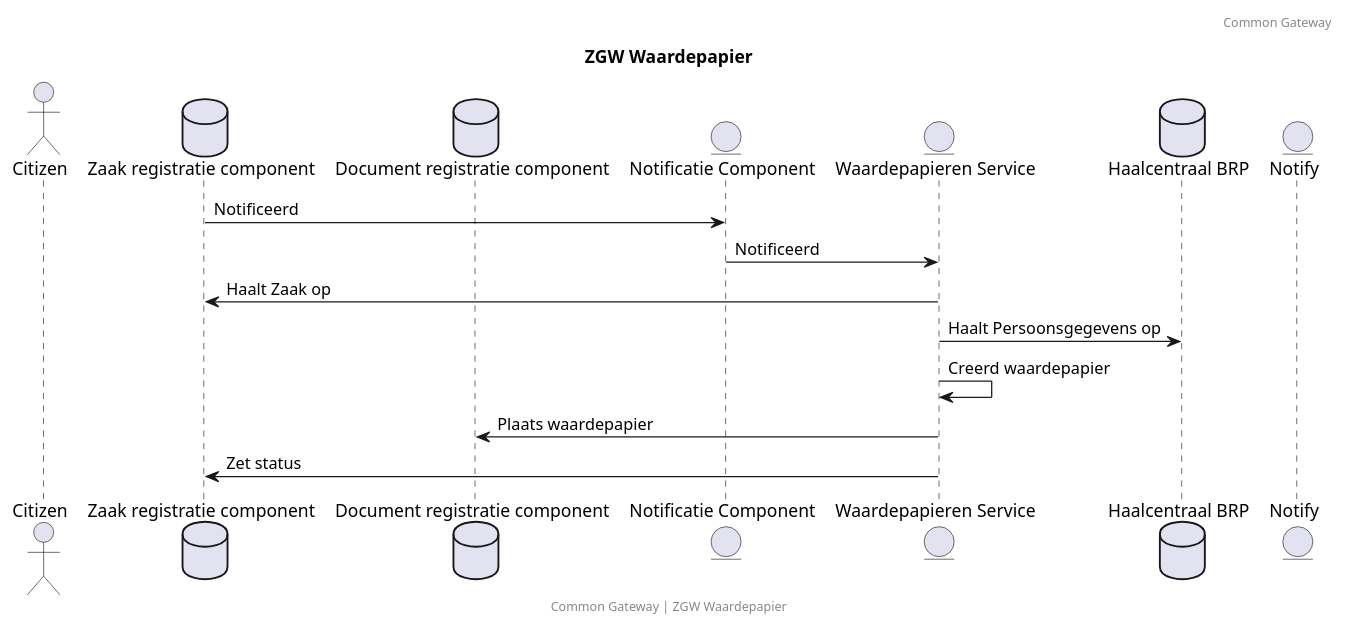
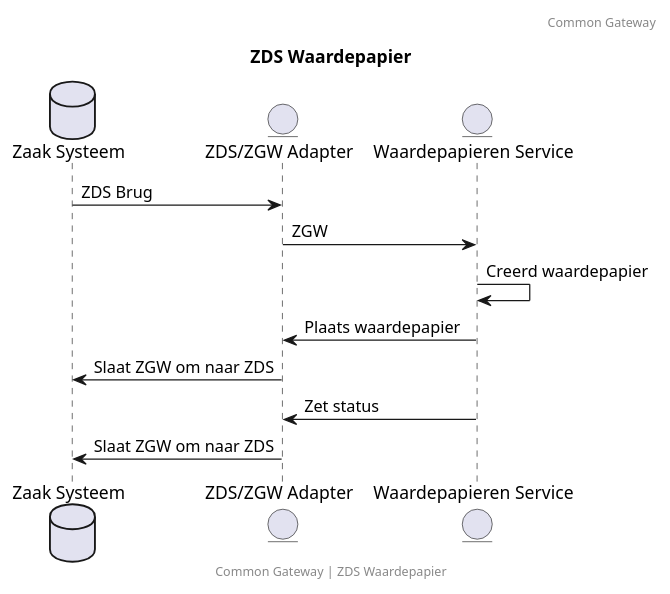
The diagram in docs/zds_waardepapier.puml (CommonGateway/WaardepapierenBundle), drawn with PlantUML before and after one commit. The commit also changed 1 other file, not shown here.

Commit message:
StuF en ZDS architectuur

```diff
--- a/docs/zds_waardepapier.puml
+++ b/docs/zds_waardepapier.puml
@@ -1,22 +1,18 @@
 @startuml
-title: ZGW Waardepapier
-footer: Common Gateway | ZGW Waardepapier
+title: ZDS Waardepapier
+footer: Common Gateway | ZDS Waardepapier
 header: Common Gateway
 
-actor Citizen
-database "Zaak registratie component" as ZRC
-database "Document registratie component" as DRC
-entity "Notificatie Component" as NC
+database "Zaak Systeem" as ZS
+entity "ZDS/ZGW Adapter" as Adapter
 entity "Waardepapieren Service" as WP
-database "Haalcentraal BRP" as BRP
-entity "Notify" as Notify
 
-ZRC -> NC: Notificeerd
-NC -> WP: Notificeerd
-WP -> ZRC: Haalt Zaak op
-WP -> BRP: Haalt Persoonsgegevens op
+ZS -> Adapter: ZDS Brug
+Adapter -> WP: ZGW
 WP -> WP: Creerd waardepapier
-WP -> DRC: Plaats waardepapier
-WP -> ZRC: Zet status
+WP -> Adapter: Plaats waardepapier
+Adapter -> ZS: Slaat ZGW om naar ZDS
+WP -> Adapter: Zet status
+Adapter -> ZS: Slaat ZGW om naar ZDS
 
 @enduml
```
